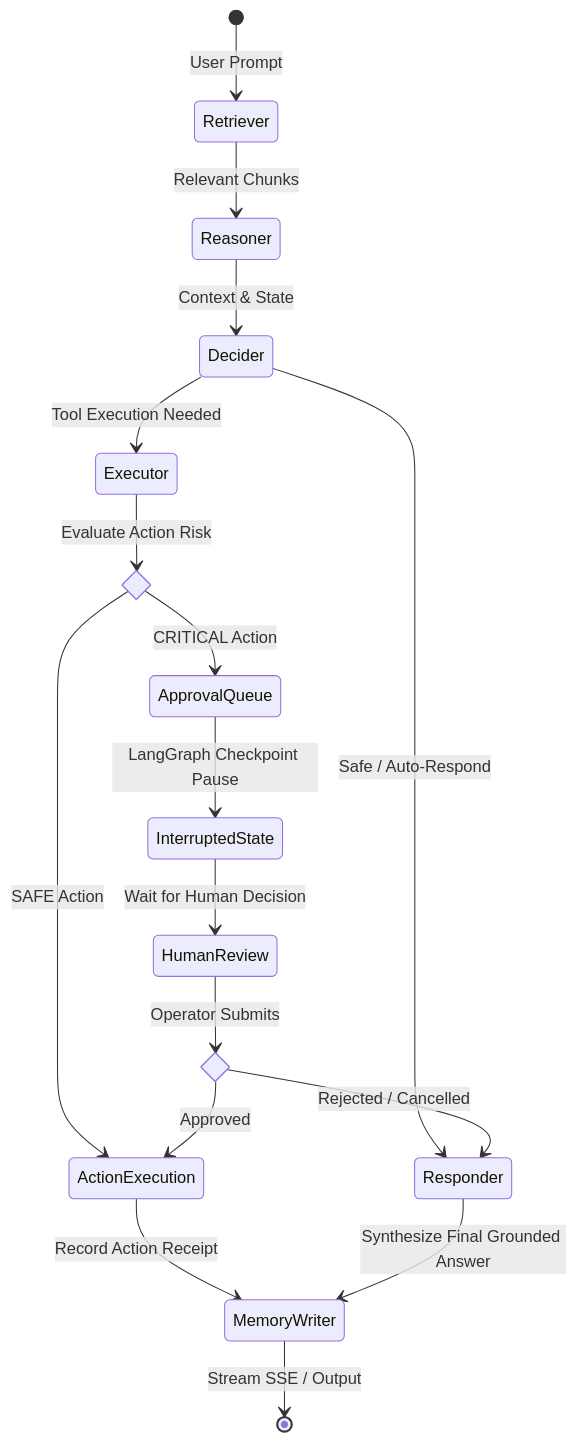
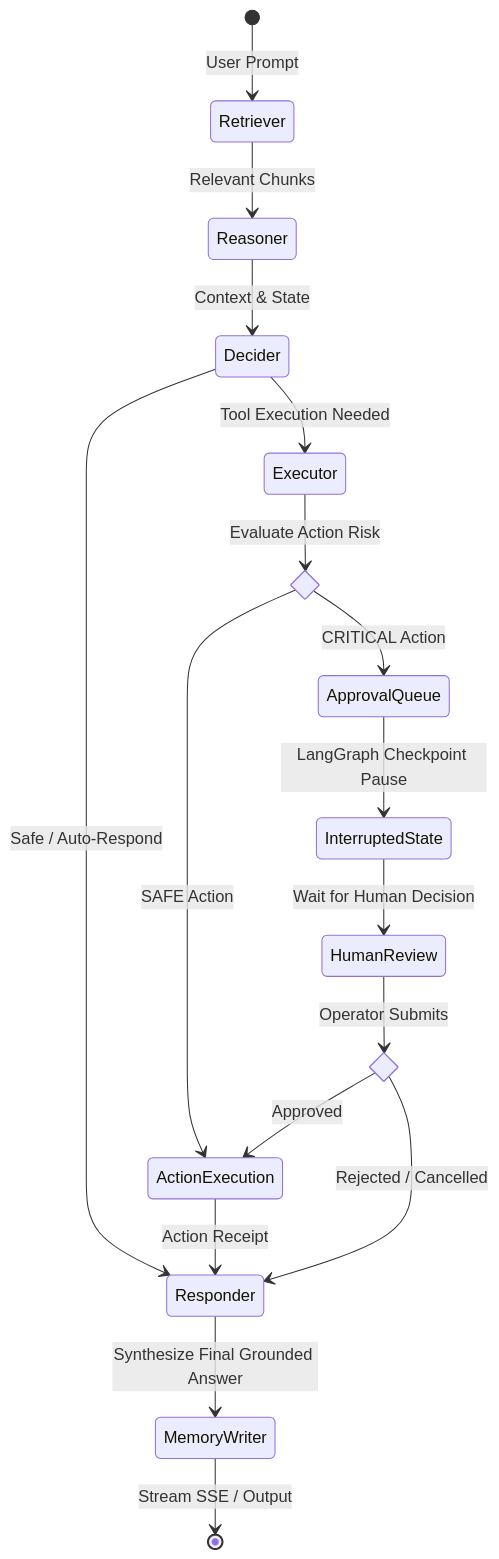
One commit to JavithNaseem-J/KRAKEN changed the second of 2 diagrams in README.md. Above: the diagram before and after it, drawn with Mermaid. The commit also changed other lines of this file, not shown here.

````diff
--- a/README.md
+++ b/README.md
@@ -55,28 +50,28 @@
 ```mermaid
 stateDiagram-v2
     [*] --> Retriever: User Prompt
     Retriever --> Reasoner: Relevant Chunks
     Reasoner --> Decider: Context & State
-    
+
     state Decider <<choice>>
     Decider --> Responder: Safe / Auto-Respond
     Decider --> Executor: Tool Execution Needed
-    
+
     state RiskCheck <<choice>>
     Executor --> RiskCheck: Evaluate Action Risk
-    
+
     RiskCheck --> ActionExecution: SAFE Action
     RiskCheck --> ApprovalQueue: CRITICAL Action
-    
+
     ApprovalQueue --> InterruptedState: LangGraph Checkpoint Pause
     InterruptedState --> HumanReview: Wait for Human Decision
-    
+
     state Decision <<choice>>
     HumanReview --> Decision: Operator Submits
     Decision --> ActionExecution: Approved
     Decision --> Responder: Rejected / Cancelled
-    
-    ActionExecution --> MemoryWriter: Record Action Receipt
+
+    ActionExecution --> Responder: Action Receipt
     Responder --> MemoryWriter: Synthesize Final Grounded Answer
     MemoryWriter --> [*]: Stream SSE / Output
 ```
````
